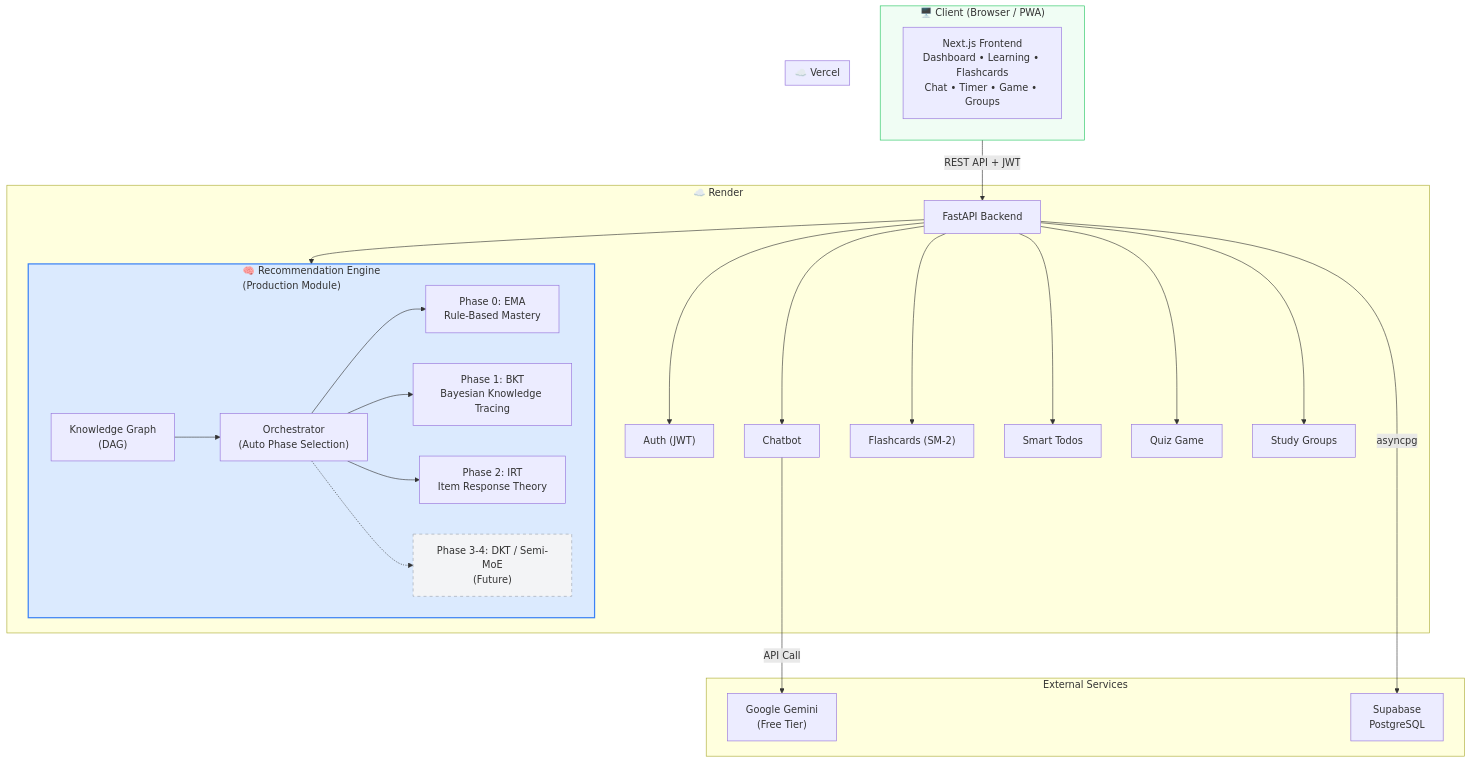
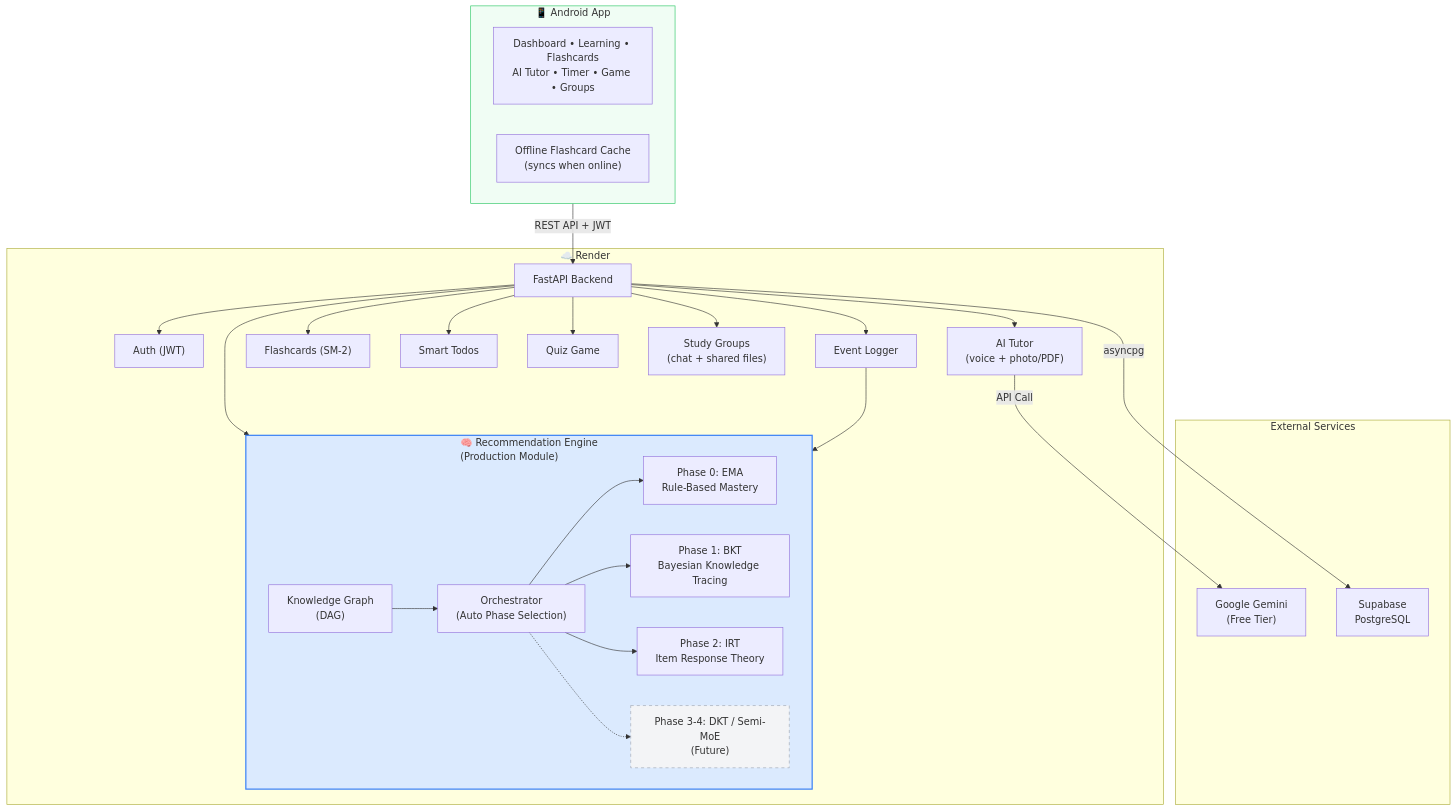
The diagram in docs/mermaid/1-system-architecture.mmd (adarsh-67r/Anvesh), drawn with Mermaid before and after one commit. The commit also changed 4 other files, not shown here.

Commit message:
Update architecture and user-flow diagrams for the Android app

```diff
--- a/docs/mermaid/1-system-architecture.mmd
+++ b/docs/mermaid/1-system-architecture.mmd
@@ -1,51 +1,51 @@
 flowchart TB
-    subgraph Client["🖥️ Client (Browser / PWA)"]
-        FE["Next.js Frontend<br/>Dashboard • Learning • Flashcards<br/>Chat • Timer • Game • Groups"]
-    end
-
-    subgraph Vercel["☁️ Vercel"]
-        FE
+    subgraph Client["📱 Android App"]
+        FE["Dashboard • Learning • Flashcards<br/>AI Tutor • Timer • Game • Groups"]
+        CACHE["Offline Flashcard Cache<br/>(syncs when online)"]
     end
 
     subgraph Render["☁️ Render"]
         API["FastAPI Backend"]
         subgraph RecEngine["🧠 Recommendation Engine<br/>(Production Module)"]
             KG["Knowledge Graph<br/>(DAG)"]
             ORC["Orchestrator<br/>(Auto Phase Selection)"]
             EMA["Phase 0: EMA<br/>Rule-Based Mastery"]
             BKT["Phase 1: BKT<br/>Bayesian Knowledge Tracing"]
             IRT["Phase 2: IRT<br/>Item Response Theory"]
             FUTURE["Phase 3-4: DKT / Semi-MoE<br/>(Future)"]
         end
         AUTH["Auth (JWT)"]
-        CHAT["Chatbot"]
+        CHAT["AI Tutor<br/>(voice + photo/PDF)"]
         FLASH["Flashcards (SM-2)"]
         TODOS["Smart Todos"]
         GAME["Quiz Game"]
-        GROUPS["Study Groups"]
+        GROUPS["Study Groups<br/>(chat + shared files)"]
+        EVENTS["Event Logger"]
     end
 
     subgraph External["External Services"]
         GEMINI["Google Gemini<br/>(Free Tier)"]
         SUPA["Supabase<br/>PostgreSQL"]
     end
 
     Client -->|REST API + JWT| API
     API --> RecEngine
     API --> AUTH
     API --> CHAT
     API --> FLASH
     API --> TODOS
     API --> GAME
     API --> GROUPS
+    API --> EVENTS
+    EVENTS --> RecEngine
     ORC --> EMA
     ORC --> BKT
     ORC --> IRT
     ORC -.-> FUTURE
     KG --> ORC
     CHAT -->|API Call| GEMINI
     API -->|asyncpg| SUPA
 
     style RecEngine fill:#dbeafe,stroke:#3b82f6,stroke-width:2px
     style FUTURE fill:#f3f4f6,stroke:#9ca3af,stroke-dasharray: 5 5
     style Client fill:#f0fdf4,stroke:#22c55e
```
